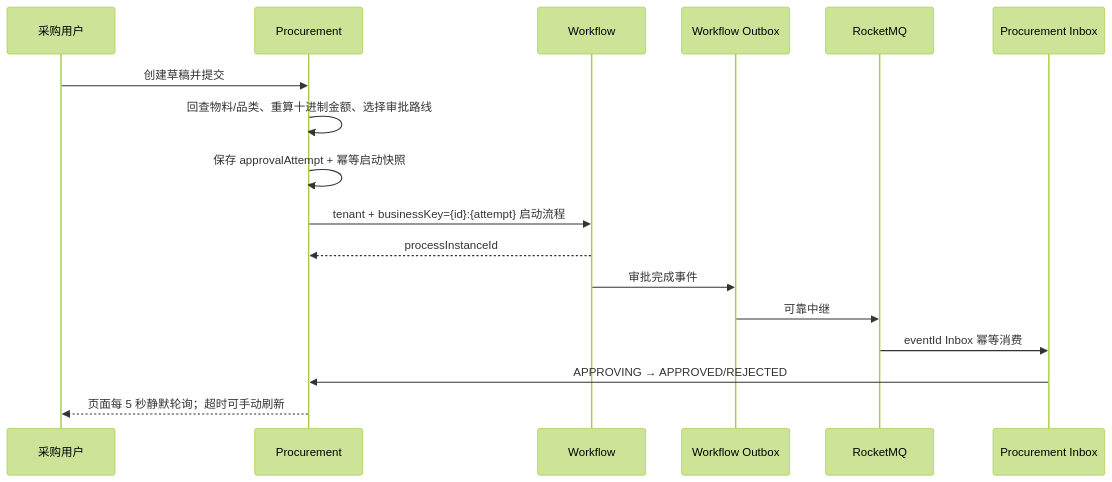
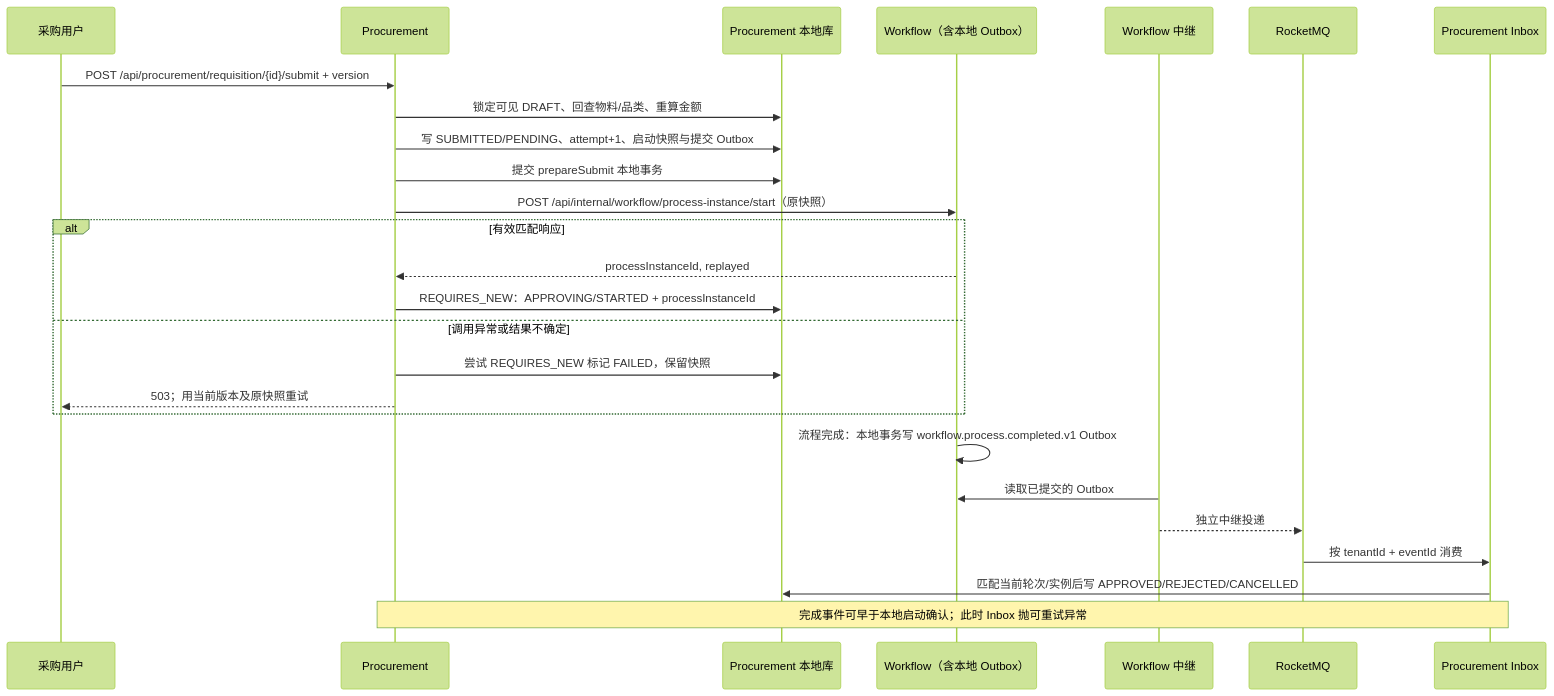
One commit to wang-baohai/Omni-Stack changed diagram 18 of 21 in docs/core-flows.md. Above: the diagram before and after it, drawn with Mermaid (forest theme). The commit also changed other lines of this file and 1095 other files, not shown here.

````diff
--- a/docs/core-flows.md
+++ b/docs/core-flows.md
@@ -1774,20 +1412,28 @@
 ```mermaid
 sequenceDiagram
     participant U as 采购用户
     participant P as Procurement
-    participant W as Workflow
-    participant O as Workflow Outbox
+    participant D as Procurement 本地库
+    participant W as Workflow（含本地 Outbox）
+    participant R as Workflow 中继
     participant M as RocketMQ
     participant I as Procurement Inbox
-
-    U->>P: 创建草稿并提交
-    P->>P: 回查物料/品类、重算十进制金额、选择审批路线
-    P->>P: 保存 approvalAttempt + 幂等启动快照
-    P->>W: tenant + businessKey={id}:{attempt} 启动流程
-    W-->>P: processInstanceId
-    W->>O: 审批完成事件
-    O->>M: 可靠中继
-    M->>I: eventId Inbox 幂等消费
-    I->>P: APPROVING → APPROVED/REJECTED
-    P-->>U: 页面每 5 秒静默轮询；超时可手动刷新
+    U->>P: POST /api/procurement/requisition/{id}/submit + version
+    P->>D: 锁定可见 DRAFT、回查物料/品类、重算金额
+    P->>D: 写 SUBMITTED/PENDING、attempt+1、启动快照与提交 Outbox
+    P->>D: 提交 prepareSubmit 本地事务
+    P->>W: POST /api/internal/workflow/process-instance/start（原快照）
+    alt 有效匹配响应
+        W-->>P: processInstanceId, replayed
+        P->>D: REQUIRES_NEW：APPROVING/STARTED + processInstanceId
+    else 调用异常或结果不确定
+        P->>D: 尝试 REQUIRES_NEW 标记 FAILED，保留快照
+        P-->>U: 503；用当前版本及原快照重试
+    end
+    W->>W: 流程完成：本地事务写 workflow.process.completed.v1 Outbox
+    R->>W: 读取已提交的 Outbox
+    R-->>M: 独立中继投递
+    M->>I: 按 tenantId + eventId 消费
+    I->>D: 匹配当前轮次/实例后写 APPROVED/REJECTED/CANCELLED
+    Note over P,I: 完成事件可早于本地启动确认；此时 Inbox 抛可重试异常
 ```
````
